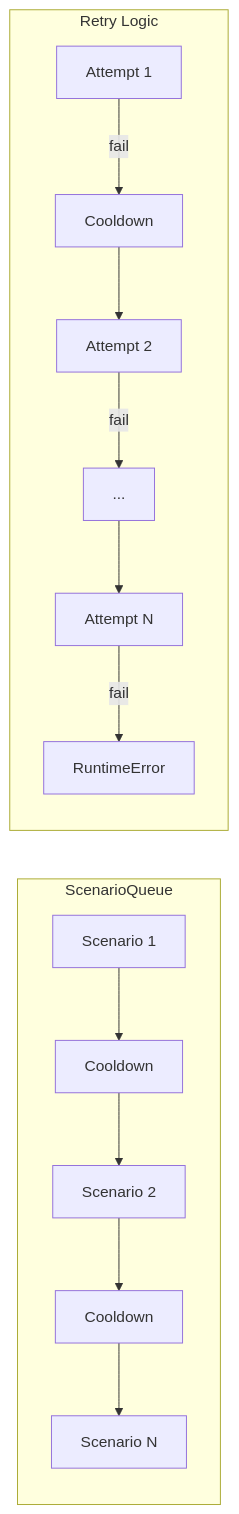
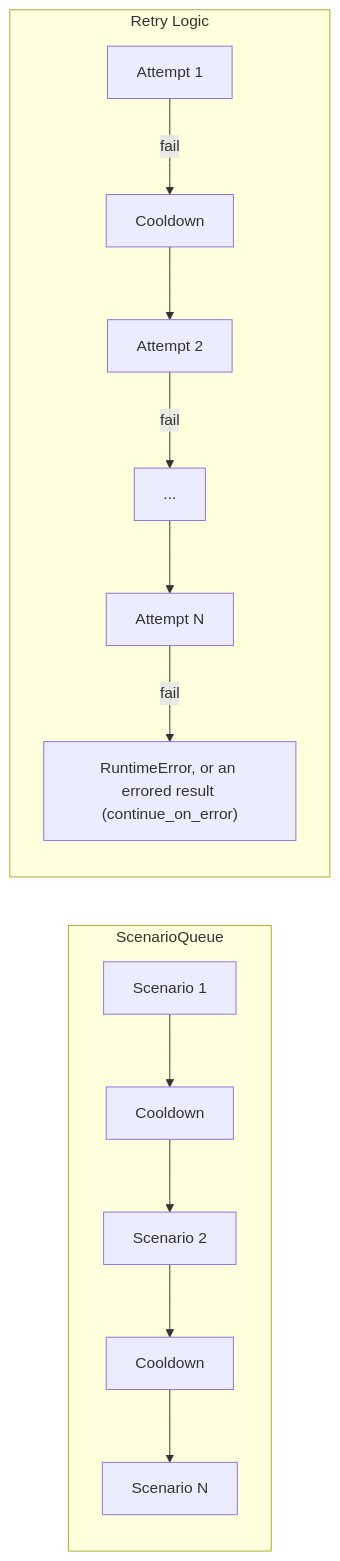
The fourth of 14 diagrams in autoware_carla_scenario/docs/architecture.md (autowarefoundation/autoware_carla_scenario), drawn with Mermaid before and after one commit. The commit also changed other lines of this file and 6 other files, not shown here.

````diff
--- a/autoware_carla_scenario/docs/architecture.md
+++ b/autoware_carla_scenario/docs/architecture.md
@@ -273,19 +273,19 @@
 ```mermaid
 graph LR
     subgraph ScenarioQueue
         direction TB
         A[Scenario 1] --> B[Cooldown]
         B --> C[Scenario 2]
         C --> D[Cooldown]
         D --> E[Scenario N]
     end
 
     subgraph Retry["Retry Logic"]
         direction TB
         R1["Attempt 1"] -->|fail| R2["Cooldown"]
         R2 --> R3["Attempt 2"]
         R3 -->|fail| R4["..."]
         R4 --> R5["Attempt N"]
-        R5 -->|fail| R6["RuntimeError"]
+        R5 -->|fail| R6["RuntimeError, or an errored result (continue_on_error)"]
     end
 ```
````
